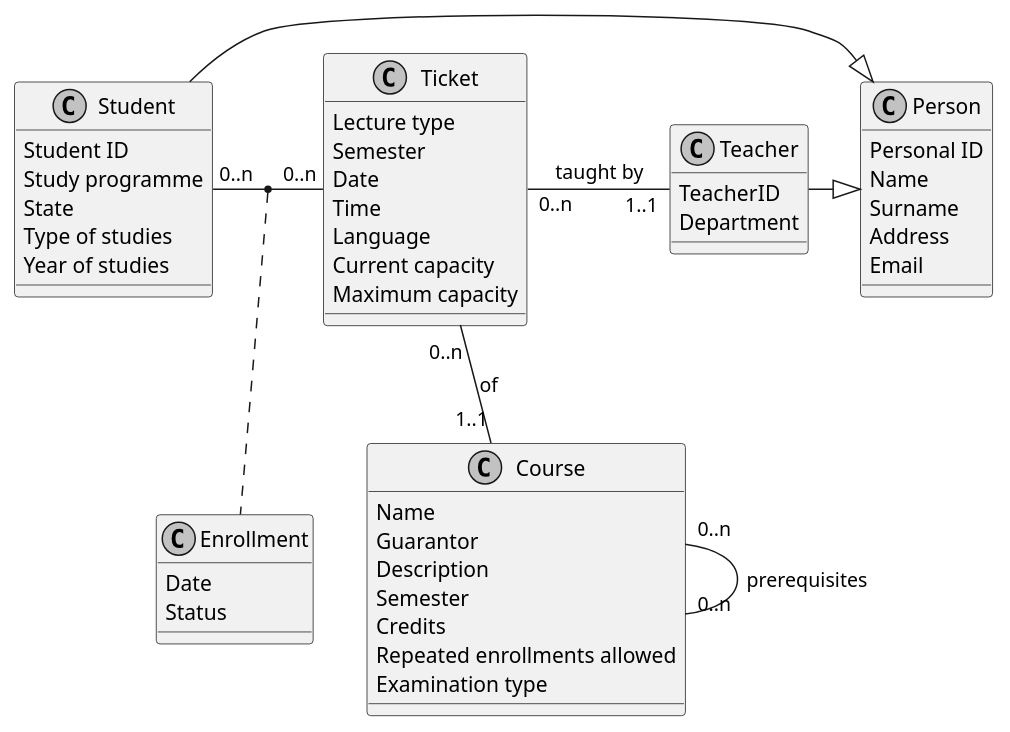
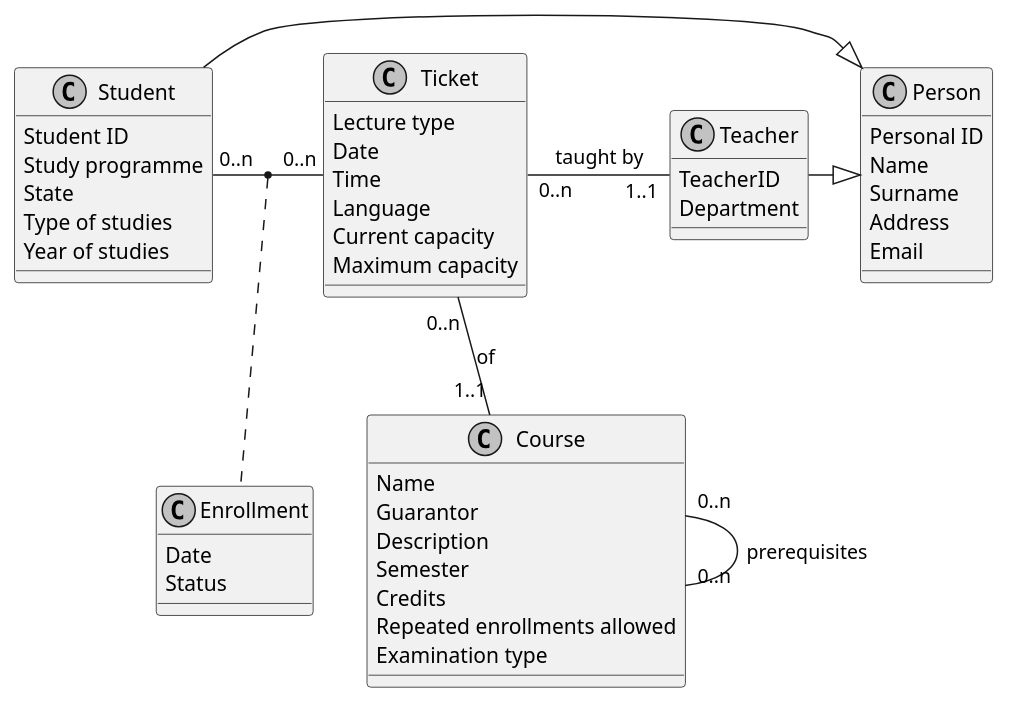
The fifth of 5 diagrams in seminar-work.md (viktor-bujko/nswi041_enrollments_module), drawn with PlantUML before and after one commit. The commit also changed other lines of this file, not shown here.

Commit message:
Added Contact diagram and descriptions of entities

````diff
--- a/seminar-work.md
+++ b/seminar-work.md
@@ -361,58 +393,57 @@
 ```plantuml
 @startuml
 skinparam monochrome true
 class Person {
   Personal ID
   Name
   Surname
   Address
   Email
 }
 
 class Student {
   Student ID
   Study programme
   State
   Type of studies
   Year of studies
 }
 
 class Teacher {
   TeacherID
   Department
 }
 
 class Ticket {
   Lecture type
-  Semester
   Date
   Time
   Language
   Current capacity
   Maximum capacity
 }
 
 class Course {
   Name
   Guarantor
   Description
   Semester
   Credits
   Repeated enrollments allowed
   Examination type
 }
 
 class Enrollment {
   Date
   Status
 }
 
 Student -|> Person
 Teacher -|> Person
 Student "0..n" - "0..n" Ticket
 Ticket "0..n" -- "1..1" Course : of
 Ticket "0..n" - "1..1" Teacher : "taught by"
 Course "0..n" - "0..n" Course : "prerequisites"
 (Student, Ticket) .. Enrollment
 @enduml
 ```
````
